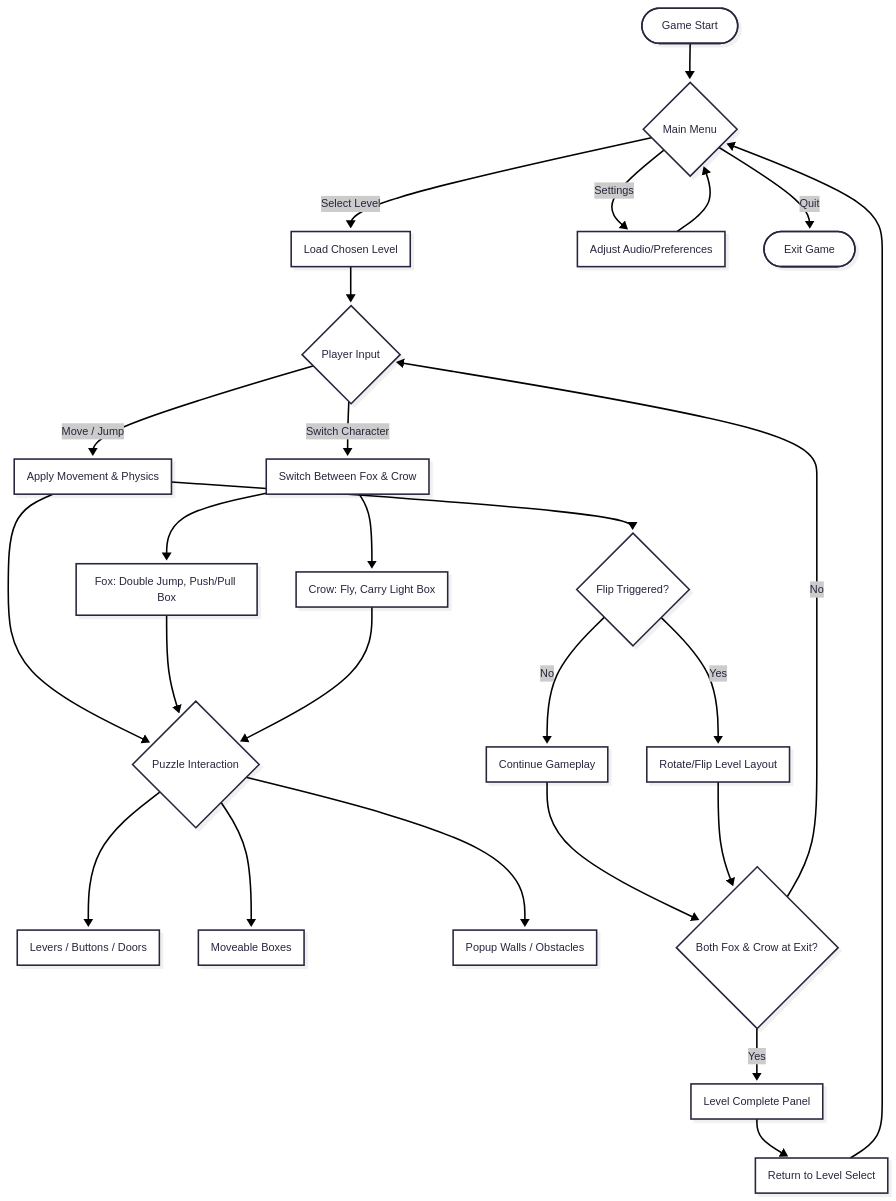
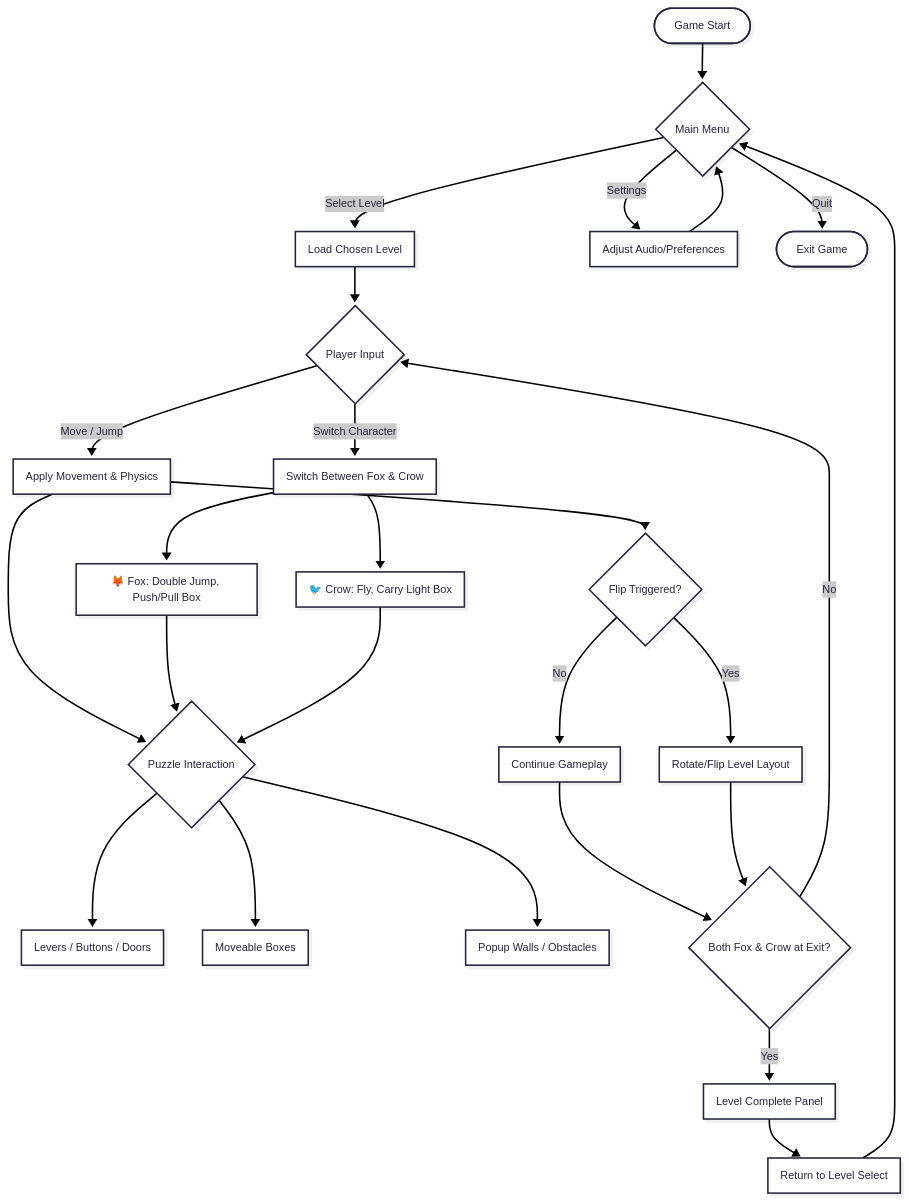
One commit to Justsomeguy241/Out-of-the-box changed the third of 4 diagrams in README.md. Above: the diagram before and after it, drawn with Mermaid.

````diff
--- a/README.md
+++ b/README.md
@@ -123,50 +123,51 @@
 ```mermaid
 ---
 config:
   theme: redux
   look: neo
 ---
 flowchart TD
+  %% --- Game Start & Menu ---
   start([Game Start])
   start --> menu{Main Menu}
+
   menu -->|"Select Level"| level[Load Chosen Level]
   menu -->|"Settings"| settings[Adjust Audio/Preferences]
   menu -->|"Quit"| quit([Exit Game])
   settings --> menu
 
-  %% Gameplay Core
+  %% --- Gameplay Core ---
   level --> input{Player Input}
   input -->|"Move / Jump"| move[Apply Movement & Physics]
   input -->|"Switch Character"| switch[Switch Between Fox & Crow]
 
-  %% Character Abilities
-  switch --> foxFox[Fox: Double Jump, Push/Pull Box]
-  switch --> crowCrow[Crow: Fly, Carry Light Box]
+  %% --- Character Abilities ---
+  switch --> fox[🦊 Fox: Double Jump, Push/Pull Box]
+  switch --> crow[🐦 Crow: Fly, Carry Light Box]
 
-  %% Puzzles
+  %% --- Puzzle System ---
   move --> puzzle{Puzzle Interaction}
-  foxFox --> puzzle
-  crowCrow --> puzzle
+  fox --> puzzle
+  crow --> puzzle
 
   puzzle --> lever[Levers / Buttons / Doors]
   puzzle --> box[Moveable Boxes]
   puzzle --> wall[Popup Walls / Obstacles]
 
-  %% Flip Mechanic
+  %% --- Flip Mechanic ---
   move --> flip{Flip Triggered?}
   flip -->|Yes| doFlip[Rotate/Flip Level Layout]
-  flip -->|No| cont1[Continue Gameplay]
+  flip -->|No| cont[Continue Gameplay]
 
-  %% Exit System
-  cont1 --> exitChk{Both Fox & Crow at Exit?}
+  %% --- Exit System ---
+  cont --> exitChk{Both Fox & Crow at Exit?}
   doFlip --> exitChk
 
   exitChk -->|Yes| complete[Level Complete Panel]
   exitChk -->|No| input
 
   complete --> backToSelect[Return to Level Select]
   backToSelect --> menu
 
 
-
 ```
````
